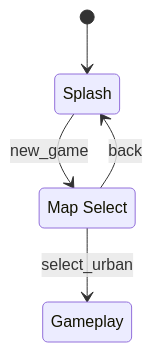
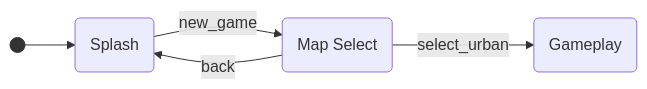
Before and after one commit to TheDeepestSpace/tbgwaf: the diagram in flow/app_flow.mmd, drawn with Mermaid. The commit also changed 2 other files, not shown here.

Commit message:
Revise app flow diagram: left-to-right flowchart with labelled edges

```diff
--- a/flow/app_flow.mmd
+++ b/flow/app_flow.mmd
@@ -1,8 +1,9 @@
-stateDiagram-v2
-    state "Splash" as splash
-    state "Map Select" as map_select
-    state "Gameplay" as gameplay
-    [*] --> splash
-    splash --> map_select: new_game
-    map_select --> gameplay: select_urban
-    map_select --> splash: back
+flowchart LR
+    start(( )):::start --> splash
+    splash("Splash")
+    map_select("Map Select")
+    gameplay("Gameplay")
+    splash -->|new_game| map_select
+    map_select -->|select_urban| gameplay
+    map_select -->|back| splash
+    classDef start fill:#333,stroke:#333
```
